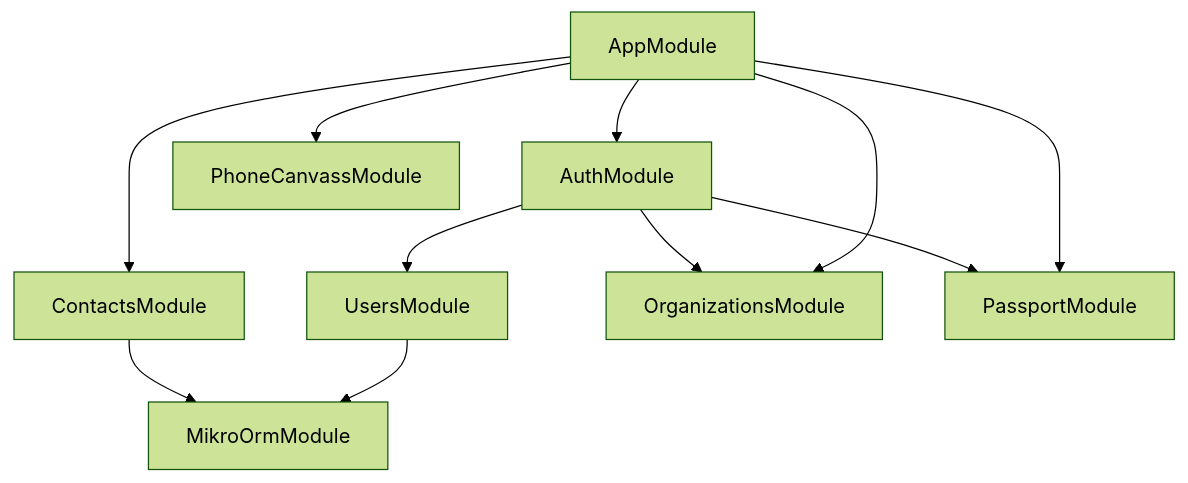
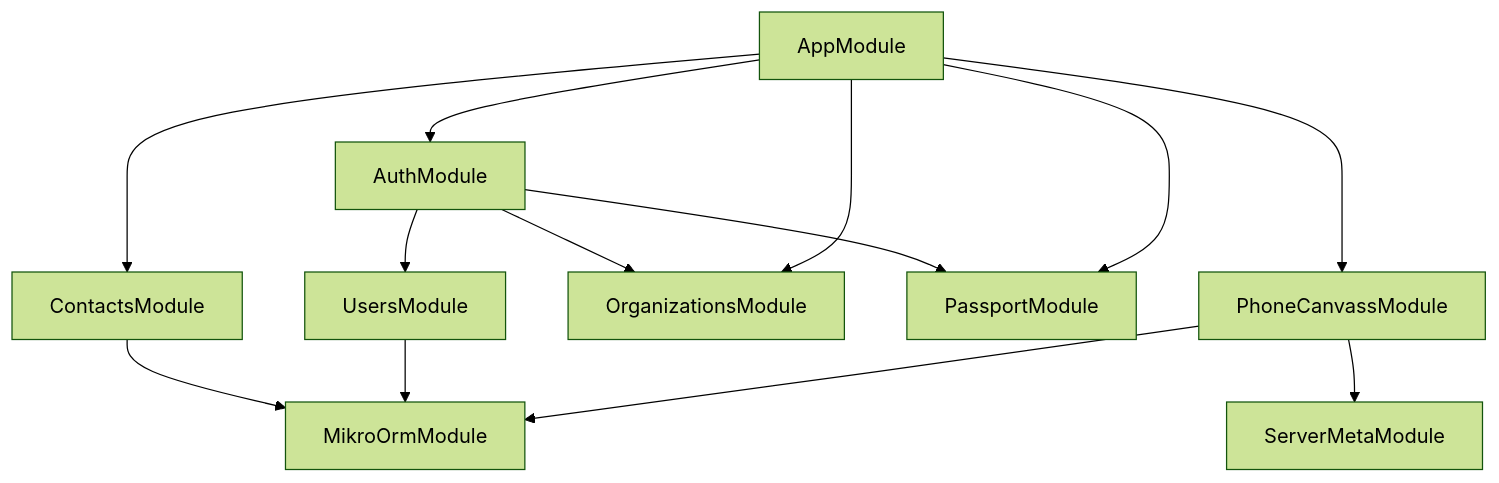
One commit to gpo/grassroots changed the diagram in docs/DependencyGraph.md. Above: the diagram before and after it, drawn with Mermaid (forest theme). The commit also changed 49 other files, not shown here.

````diff
--- a/docs/DependencyGraph.md
+++ b/docs/DependencyGraph.md
@@ -1,13 +1,15 @@
 ```mermaid
 graph TD
   AppModule-->ContactsModule
 ContactsModule-->MikroOrmModule
 AppModule-->AuthModule
 AuthModule-->UsersModule
 UsersModule-->MikroOrmModule
 AuthModule-->OrganizationsModule
 AuthModule-->PassportModule
 AppModule-->PassportModule
 AppModule-->OrganizationsModule
 AppModule-->PhoneCanvassModule
+PhoneCanvassModule-->MikroOrmModule
+PhoneCanvassModule-->ServerMetaModule
 ```
````
